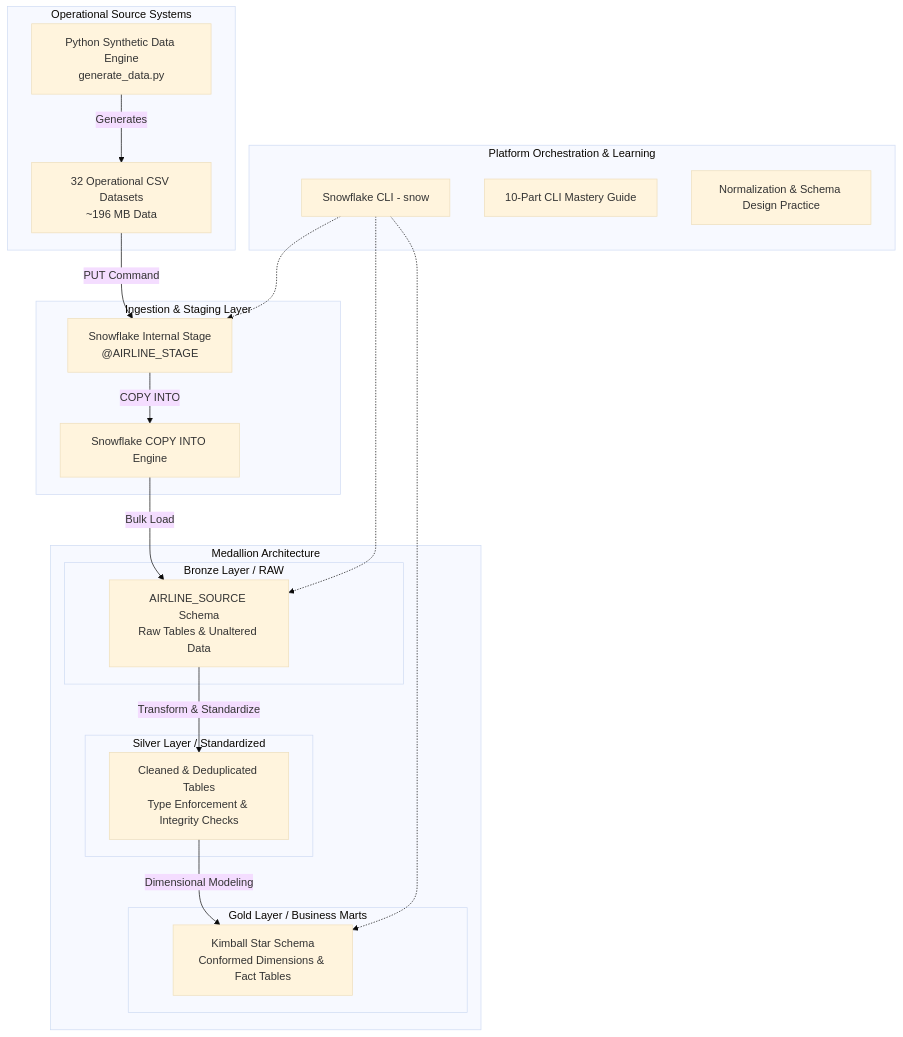
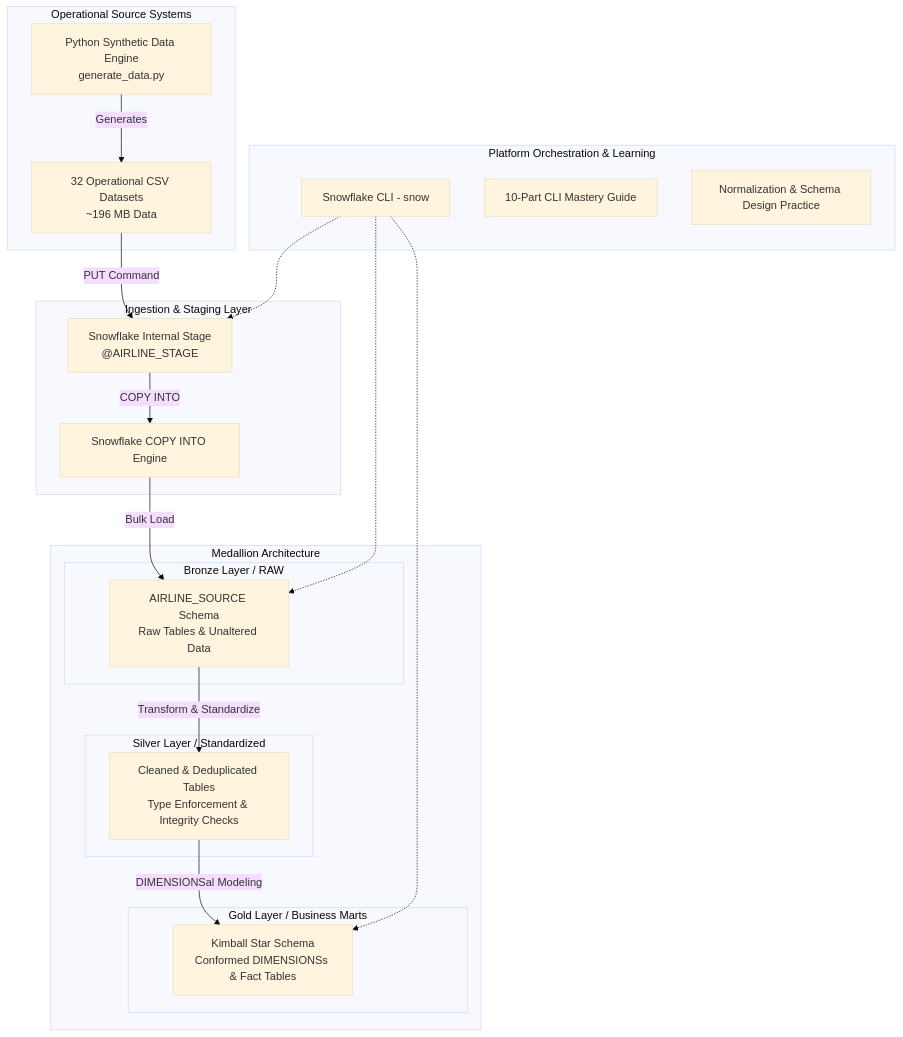
The diagram in README.md (Ritik574-coder/Snowflake-Data-Engineering-Project), drawn with Mermaid (base theme) before and after one commit. The commit also changed other lines of this file and 9 other files, not shown here.

Commit message:
refactor : changing the wrong schema name to correct name the old name is dimension to dimensions

````diff
--- a/README.md
+++ b/README.md
@@ -34,43 +34,43 @@
 ```mermaid
 flowchart TD
     subgraph Operational Source Systems
         GEN[Python Synthetic Data Engine<br/>generate_data.py]
         CSV[32 Operational CSV Datasets<br/>~196 MB Data]
     end
 
     subgraph Ingestion & Staging Layer
         STAGE[Snowflake Internal Stage<br/>@AIRLINE_STAGE]
         COPY[Snowflake COPY INTO Engine]
     end
 
     subgraph Medallion Architecture
         subgraph Bronze Layer / RAW
             RAW[AIRLINE_SOURCE Schema<br/>Raw Tables & Unaltered Data]
         end
 
         subgraph Silver Layer / Standardized
             SILVER[Cleaned & Deduplicated Tables<br/>Type Enforcement & Integrity Checks]
         end
 
         subgraph Gold Layer / Business Marts
-            KIMBALL[Kimball Star Schema<br/>Conformed Dimensions & Fact Tables]
+            KIMBALL[Kimball Star Schema<br/>Conformed DIMENSIONSs & Fact Tables]
         end
     end
 
     subgraph Platform Orchestration & Learning
         CLI[Snowflake CLI - snow]
         GUIDES[10-Part CLI Mastery Guide]
         NORM[Normalization & Schema Design Practice]
     end
 
     GEN -->|Generates| CSV
     CSV -->|PUT Command| STAGE
     STAGE -->|COPY INTO| COPY
     COPY -->|Bulk Load| RAW
     RAW -->|Transform & Standardize| SILVER
-    SILVER -->|Dimensional Modeling| KIMBALL
+    SILVER -->|DIMENSIONSal Modeling| KIMBALL
 
     CLI -.-> STAGE
     CLI -.-> RAW
     CLI -.-> KIMBALL
 ```
````
